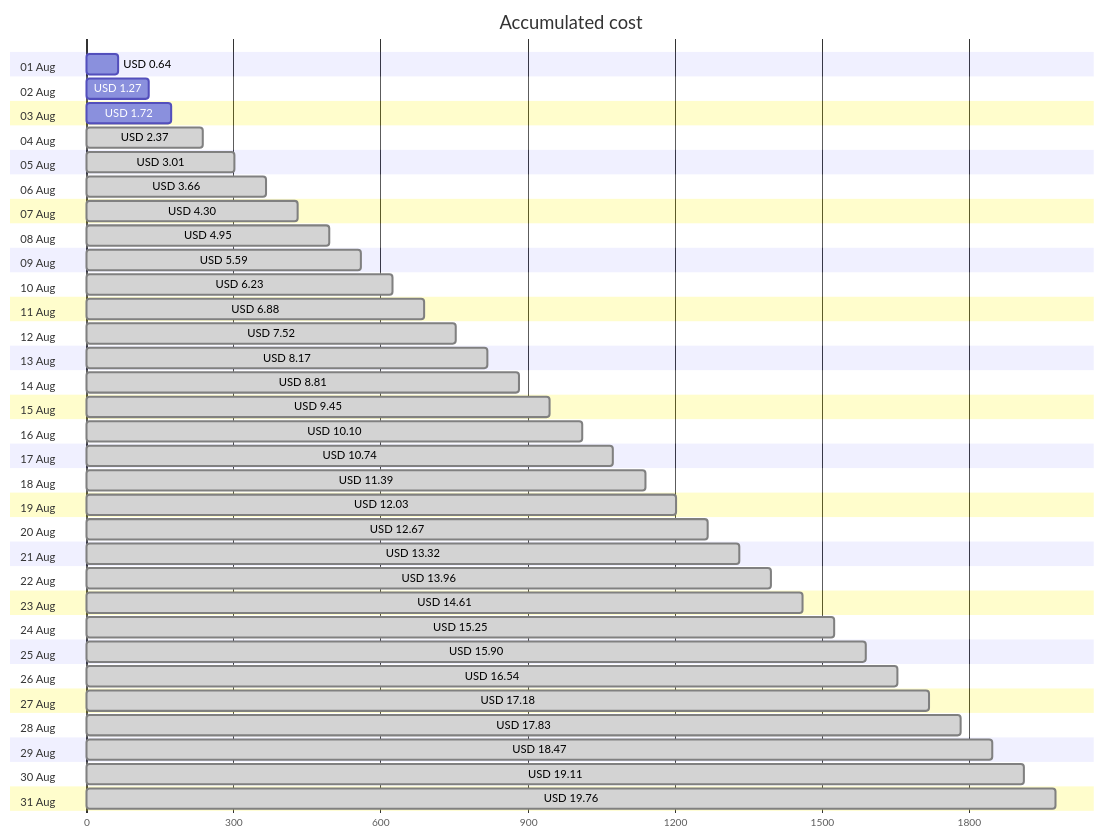
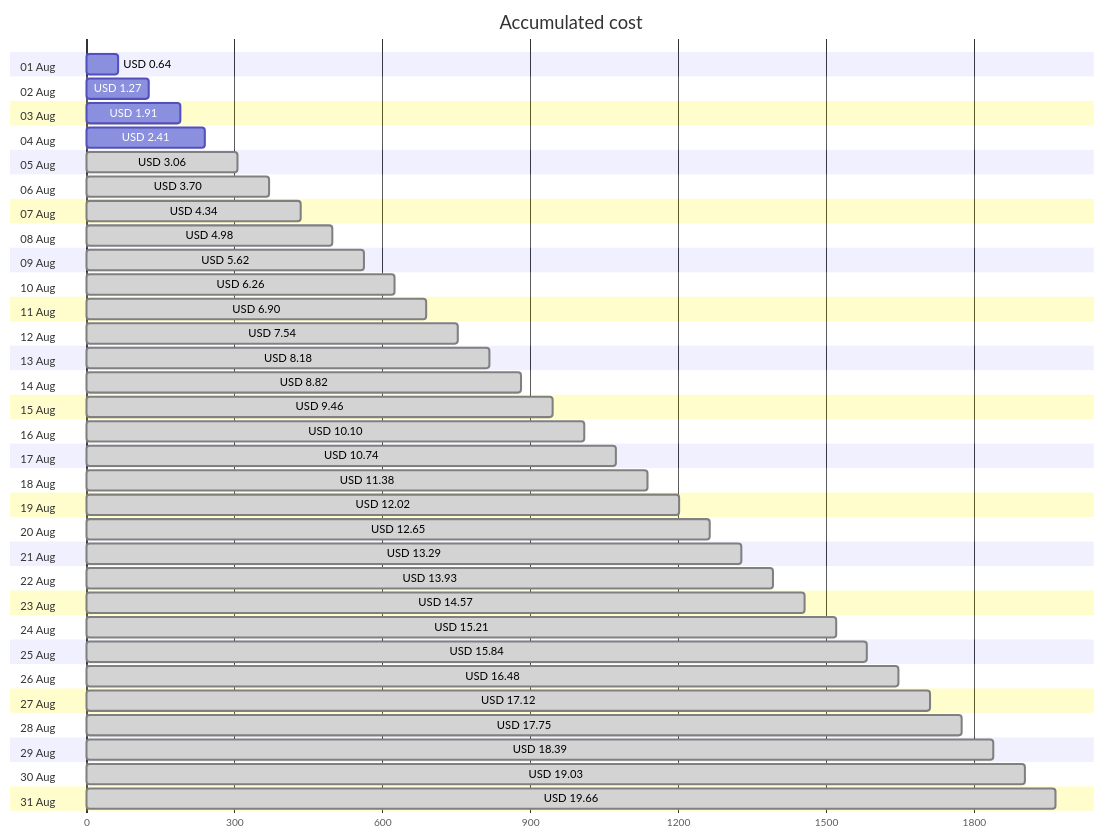
Before and after one commit to jpfulton/azure-personal-reports: the first of 4 diagrams in cost-reports/accumulated-cost.md, drawn with Mermaid. The commit also changed other lines of this file and 4 other files, not shown here.

````diff
--- a/cost-reports/accumulated-cost.md
+++ b/cost-reports/accumulated-cost.md
@@ -20,68 +20,68 @@
 ```mermaid
 gantt
    title Accumulated cost
    dateFormat  X
    axisFormat %s
    section 01 Aug
    USD 0.64 :0, 64
    section 02 Aug
    USD 1.27 :0, 127
    section 03 Aug
-   USD 1.72 :0, 172
+   USD 1.91 :0, 191
    section 04 Aug
-   USD 2.37 : done, 0, 237
+   USD 2.41 :0, 241
    section 05 Aug
-   USD 3.01 : done, 0, 301
+   USD 3.06 : done, 0, 306
    section 06 Aug
-   USD 3.66 : done, 0, 366
+   USD 3.70 : done, 0, 370
    section 07 Aug
-   USD 4.30 : done, 0, 430
+   USD 4.34 : done, 0, 434
    section 08 Aug
-   USD 4.95 : done, 0, 495
+   USD 4.98 : done, 0, 498
    section 09 Aug
-   USD 5.59 : done, 0, 559
+   USD 5.62 : done, 0, 562
    section 10 Aug
-   USD 6.23 : done, 0, 623
+   USD 6.26 : done, 0, 626
    section 11 Aug
-   USD 6.88 : done, 0, 688
+   USD 6.90 : done, 0, 690
    section 12 Aug
-   USD 7.52 : done, 0, 752
+   USD 7.54 : done, 0, 754
    section 13 Aug
-   USD 8.17 : done, 0, 817
+   USD 8.18 : done, 0, 818
    section 14 Aug
-   USD 8.81 : done, 0, 881
+   USD 8.82 : done, 0, 882
    section 15 Aug
-   USD 9.45 : done, 0, 945
+   USD 9.46 : done, 0, 946
    section 16 Aug
    USD 10.10 : done, 0, 1010
    section 17 Aug
    USD 10.74 : done, 0, 1074
    section 18 Aug
-   USD 11.39 : done, 0, 1139
+   USD 11.38 : done, 0, 1138
    section 19 Aug
-   USD 12.03 : done, 0, 1203
+   USD 12.02 : done, 0, 1202
    section 20 Aug
-   USD 12.67 : done, 0, 1267
+   USD 12.65 : done, 0, 1265
    section 21 Aug
-   USD 13.32 : done, 0, 1332
+   USD 13.29 : done, 0, 1329
    section 22 Aug
-   USD 13.96 : done, 0, 1396
+   USD 13.93 : done, 0, 1393
    section 23 Aug
-   USD 14.61 : done, 0, 1461
+   USD 14.57 : done, 0, 1457
    section 24 Aug
-   USD 15.25 : done, 0, 1525
+   USD 15.21 : done, 0, 1521
    section 25 Aug
-   USD 15.90 : done, 0, 1590
+   USD 15.84 : done, 0, 1584
    section 26 Aug
-   USD 16.54 : done, 0, 1654
+   USD 16.48 : done, 0, 1648
    section 27 Aug
-   USD 17.18 : done, 0, 1718
+   USD 17.12 : done, 0, 1712
    section 28 Aug
-   USD 17.83 : done, 0, 1783
+   USD 17.75 : done, 0, 1775
    section 29 Aug
-   USD 18.47 : done, 0, 1847
+   USD 18.39 : done, 0, 1839
    section 30 Aug
-   USD 19.11 : done, 0, 1911
+   USD 19.03 : done, 0, 1903
    section 31 Aug
-   USD 19.76 : done, 0, 1976
+   USD 19.66 : done, 0, 1966
 ```
````
